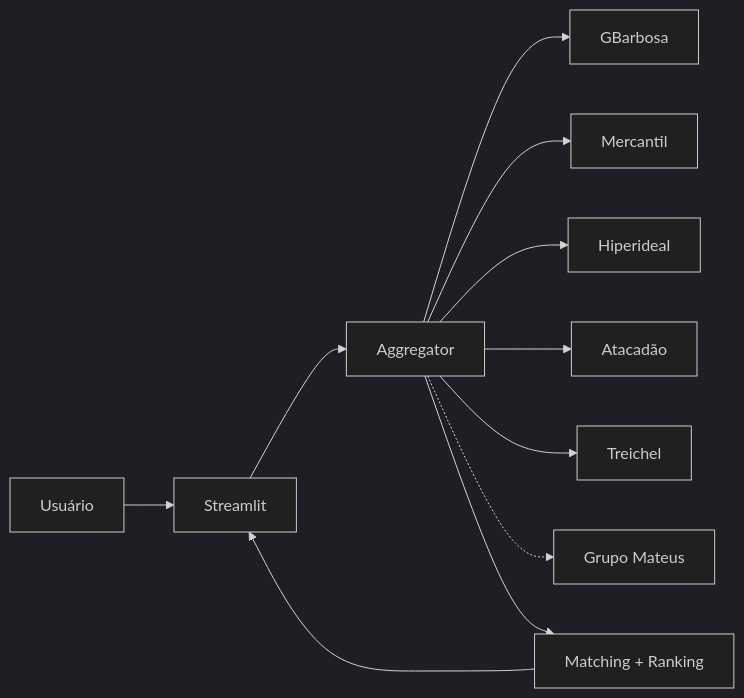
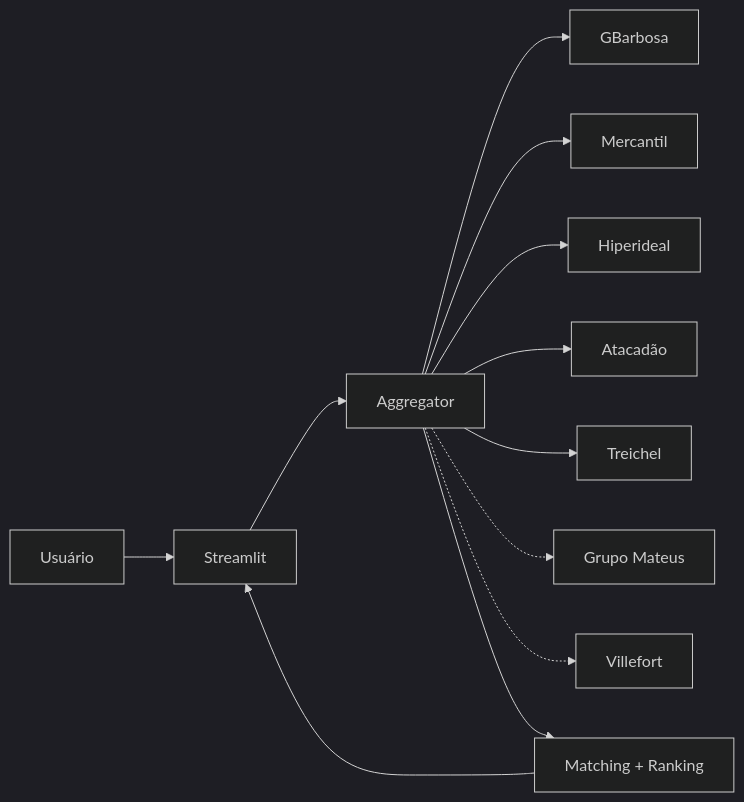
Before and after one commit to mateusjairan/menor_preco_atacados: the diagram in README.md, drawn with Mermaid (dark theme). The commit also changed other lines of this file and 13 other files, not shown here.

````diff
--- a/README.md
+++ b/README.md
@@ -101,13 +103,14 @@
 ```mermaid
 flowchart LR
     U[Usuário] --> S[Streamlit]
     S --> A[Aggregator]
     A --> G[GBarbosa]
     A --> M[Mercantil]
     A --> H[Hiperideal]
     A --> AT[Atacadão]
     A --> T[Treichel]
     A -.-> GM[Grupo Mateus]
+    A -.-> V[Villefort]
     A --> R[Matching + Ranking]
     R --> S
 ```
````
